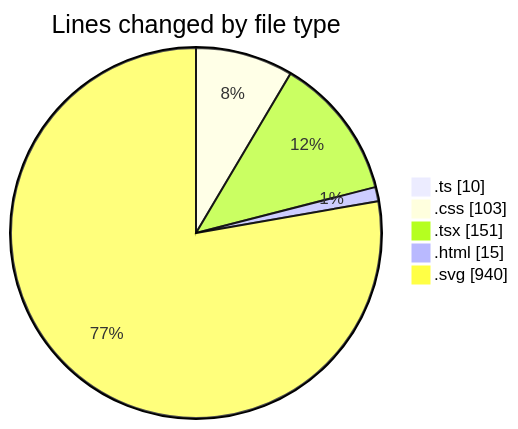
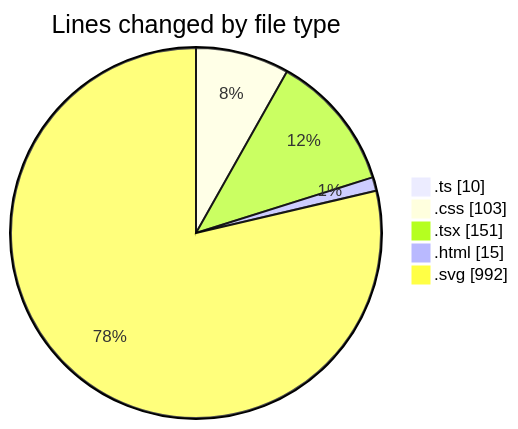
Before and after one commit to EIIisD/code-tracking: the first of 2 diagrams in 2025-07-31/tw-server/README.md, drawn with Mermaid. The commit also changed other lines of this file and 1 other file, not shown here.

````diff
--- a/2025-07-31/tw-server/README.md
+++ b/2025-07-31/tw-server/README.md
@@ -32,9 +34,9 @@
 ```mermaid
 pie showData
 title Lines changed by file type
 ".ts" : 10
 ".css" : 103
 ".tsx" : 151
 ".html" : 15
-".svg" : 940
+".svg" : 992
 ```
````
